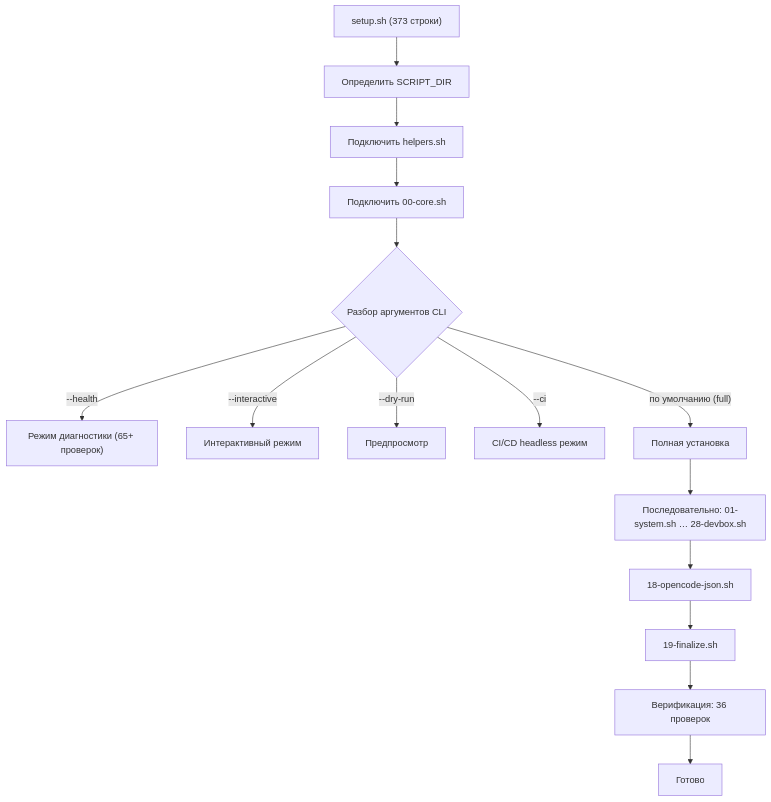
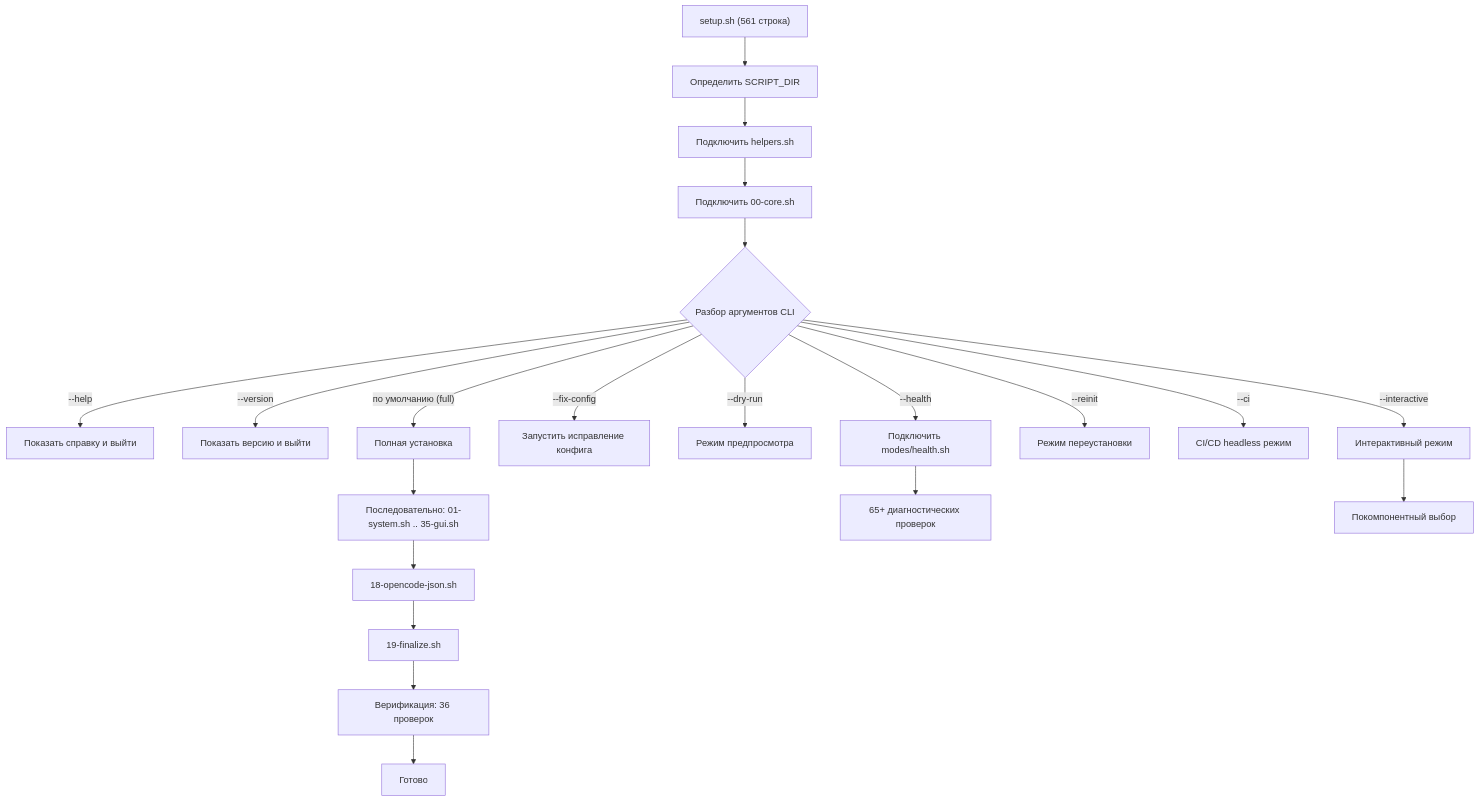
The fourth of 5 diagrams in docs/architecture/index.ru.md (AlexanderNarbaev/opencode_initializer), drawn with Mermaid before and after one commit. The commit also changed other lines of this file and 20 other files, not shown here.

````diff
--- a/docs/architecture/index.ru.md
+++ b/docs/architecture/index.ru.md
@@ -113,18 +122,25 @@
 ```mermaid
 flowchart TD
-    A["setup.sh (373 строки)"] --> B["Определить SCRIPT_DIR"]
+    A["setup.sh (561 строка)"] --> B["Определить SCRIPT_DIR"]
     B --> C["Подключить helpers.sh"]
     C --> D["Подключить 00-core.sh"]
     D --> E{"Разбор аргументов CLI"}
-    E -->|"--health"| H["Режим диагностики (65+ проверок)"]
+    E -->|"--help"| F["Показать справку и выйти"]
+    E -->|"--version"| G["Показать версию и выйти"]
+    E -->|"--health"| H["Подключить modes/health.sh"]
+    E -->|"--fix-config"| I["Запустить исправление конфига"]
+    E -->|"--dry-run"| J["Режим предпросмотра"]
     E -->|"--interactive"| K["Интерактивный режим"]
-    E -->|"--dry-run"| J["Предпросмотр"]
+    E -->|"--reinit"| L["Режим переустановки"]
     E -->|"--ci"| CI["CI/CD headless режим"]
     E -->|"по умолчанию (full)"| M["Полная установка"]
 
-    M --> N["Последовательно: 01-system.sh … 28-devbox.sh"]
+    M --> N["Последовательно: 01-system.sh .. 35-gui.sh"]
     N --> O["18-opencode-json.sh"]
     O --> P["19-finalize.sh"]
     P --> Q["Верификация: 36 проверок"]
     Q --> R["Готово"]
+
+    H --> S["65+ диагностических проверок"]
+    K --> T["Покомпонентный выбор"]
 ```
````
